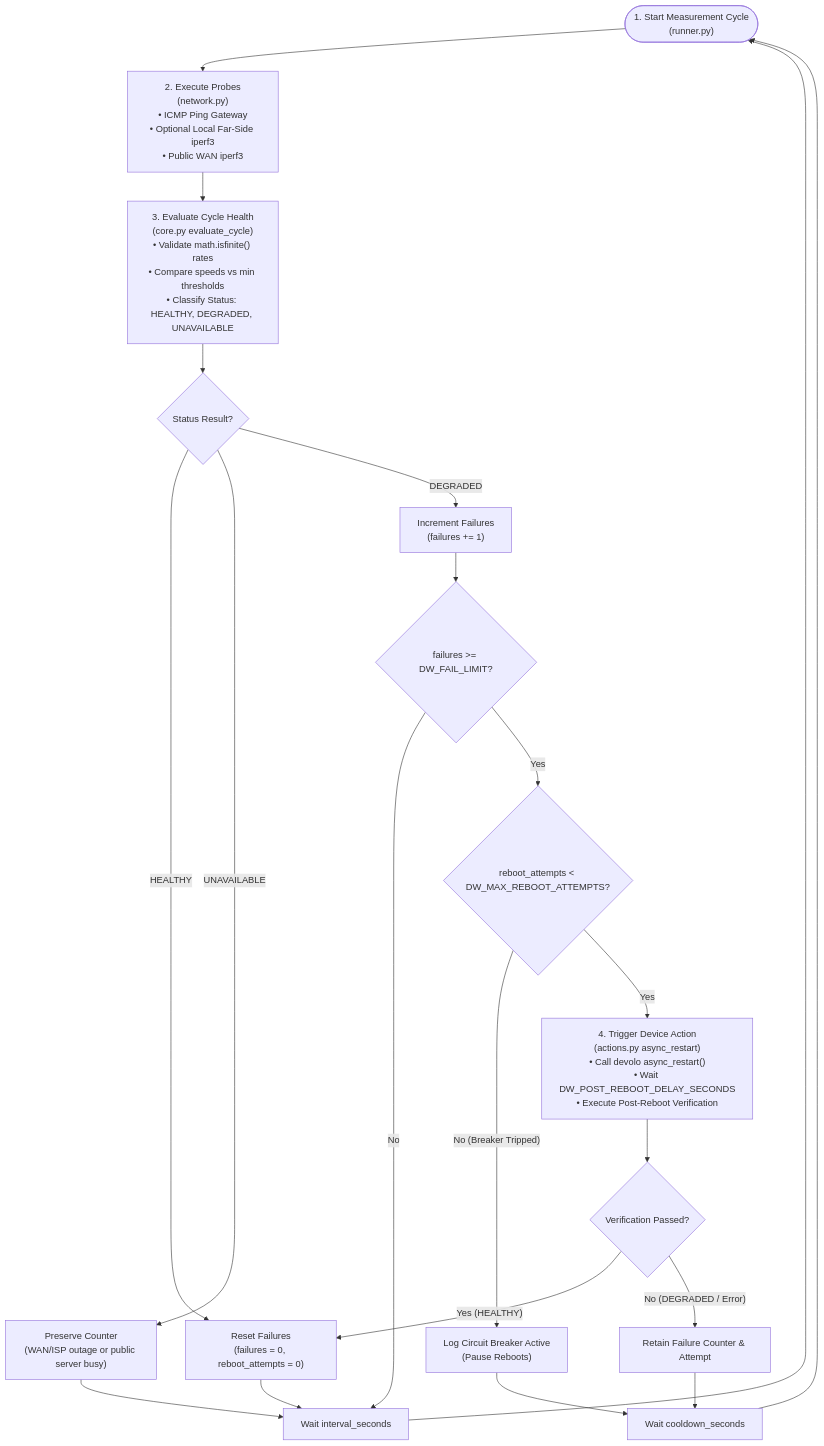
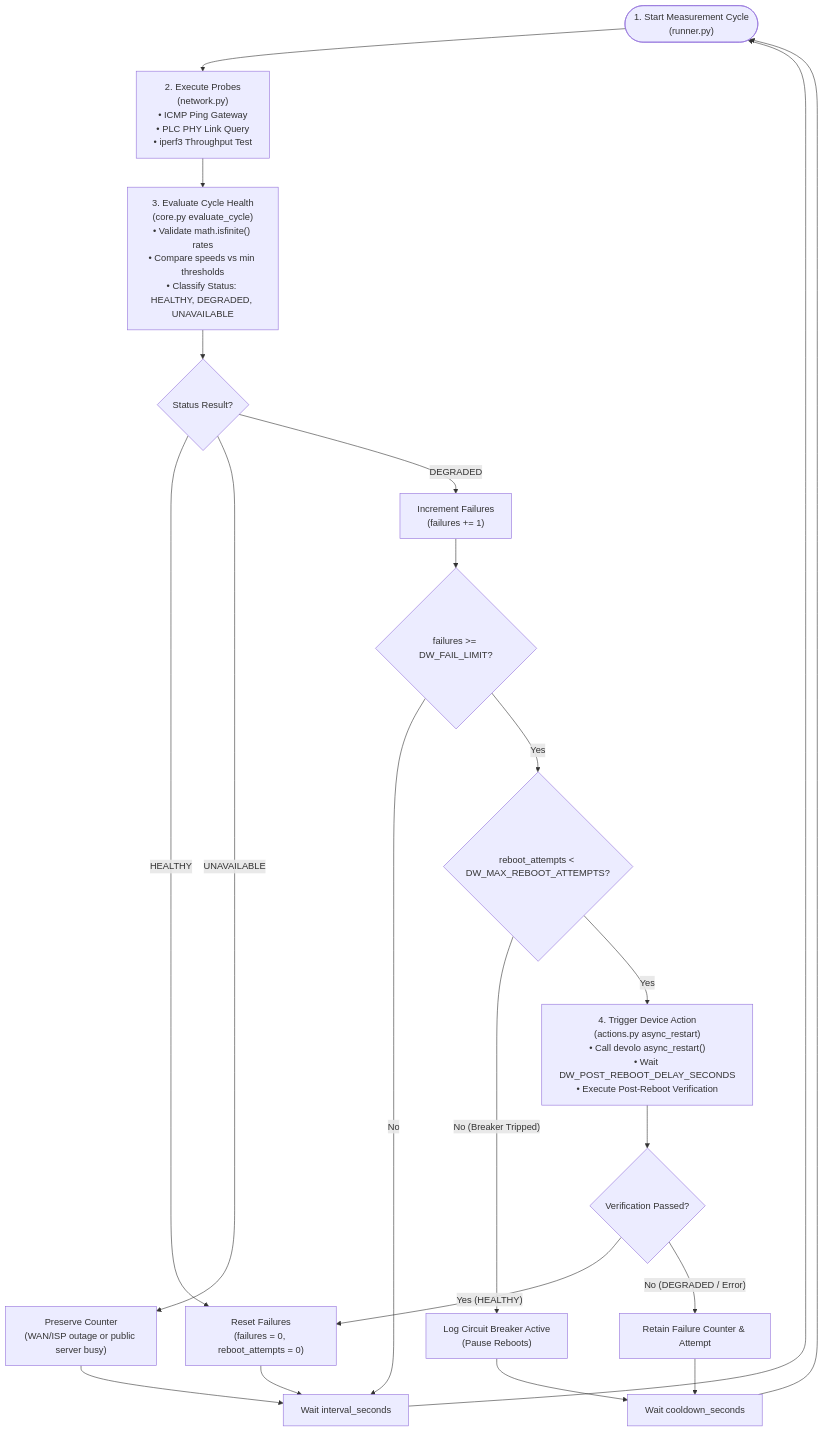
The second of 3 diagrams in README.md (valentinsviridov/devolo-throughput-watchdog), drawn with Mermaid before and after one commit. The commit also changed other lines of this file and 13 other files, not shown here.

````diff
--- a/README.md
+++ b/README.md
@@ -61,29 +59,29 @@
 ```mermaid
 graph TD
-    Start(["1. Start Measurement Cycle<br/>(runner.py)"]) --> ProbeStep["2. Execute Probes<br/>(network.py)<br/>• ICMP Ping Gateway<br/>• Optional Local Far-Side iperf3<br/>• Public WAN iperf3"]
+    Start(["1. Start Measurement Cycle<br/>(runner.py)"]) --> ProbeStep["2. Execute Probes<br/>(network.py)<br/>• ICMP Ping Gateway<br/>• PLC PHY Link Query<br/>• iperf3 Throughput Test"]
 
     ProbeStep --> EvalStep["3. Evaluate Cycle Health<br/>(core.py evaluate_cycle)<br/>• Validate math.isfinite() rates<br/>• Compare speeds vs min thresholds<br/>• Classify Status: HEALTHY, DEGRADED, UNAVAILABLE"]
 
     EvalStep --> CheckStatus{"Status Result?"}
 
     CheckStatus -- "HEALTHY" --> ResetCounter["Reset Failures<br/>(failures = 0, reboot_attempts = 0)"]
     CheckStatus -- "UNAVAILABLE" --> KeepCounter["Preserve Counter<br/>(WAN/ISP outage or public server busy)"]
     CheckStatus -- "DEGRADED" --> IncCounter["Increment Failures<br/>(failures += 1)"]
 
     IncCounter --> CheckFailLimit{"failures >= DW_FAIL_LIMIT?"}
     CheckFailLimit -- "No" --> WaitInterval["Wait interval_seconds"]
 
     CheckFailLimit -- "Yes" --> CheckBreaker{"reboot_attempts < DW_MAX_REBOOT_ATTEMPTS?"}
     CheckBreaker -- "No (Breaker Tripped)" --> LogBreaker["Log Circuit Breaker Active<br/>(Pause Reboots)"] --> WaitCooldown["Wait cooldown_seconds"]
 
     CheckBreaker -- "Yes" --> RebootStep["4. Trigger Device Action<br/>(actions.py async_restart)<br/>• Call devolo async_restart()<br/>• Wait DW_POST_REBOOT_DELAY_SECONDS<br/>• Execute Post-Reboot Verification"]
 
     RebootStep --> CheckVerify{"Verification Passed?"}
     CheckVerify -- "Yes (HEALTHY)" --> ResetCounter
     CheckVerify -- "No (DEGRADED / Error)" --> RetainFailures["Retain Failure Counter & Attempt"] --> WaitCooldown
 
     ResetCounter --> WaitInterval
     KeepCounter --> WaitInterval
     WaitInterval --> Start
     WaitCooldown --> Start
 ```
````
